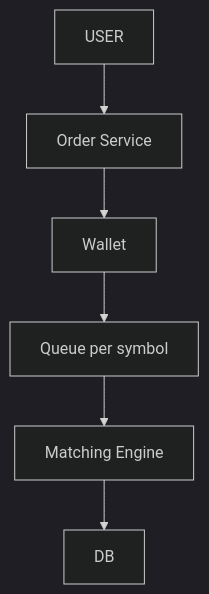
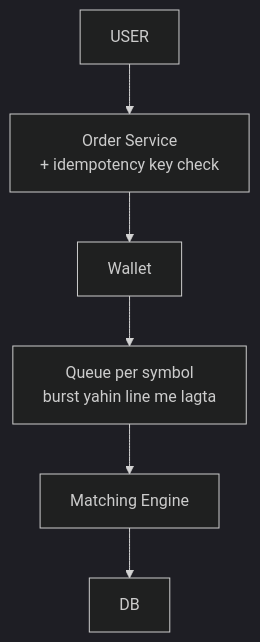
The fifth of 10 diagrams in 04_HLD/SYSTEM_DESIGNS/05_stock_broker_trading/05_stock_broker_trading.md (ArpanMaheshwari144/Prep), drawn with Mermaid (dark theme) before and after one commit. The commit also changed other lines of this file, not shown here.

Commit message:
stock: one-day story in first person, cues, kahani index, progressive diagrams

````diff
--- a/04_HLD/SYSTEM_DESIGNS/05_stock_broker_trading/05_stock_broker_trading.md
+++ b/04_HLD/SYSTEM_DESIGNS/05_stock_broker_trading/05_stock_broker_trading.md
@@ -165,14 +273,14 @@
 ```mermaid
 flowchart TD
     n_USER["USER"]
-    n_Order_Service["Order Service"]
+    n_Order_Service["Order Service<br/>+ idempotency key check"]
     n_Wallet["Wallet"]
-    n_Queue_per_symbol["Queue per symbol"]
+    n_Queue_per_symbol["Queue per symbol<br/>burst yahin line me lagta"]
     n_Matching_Engine["Matching Engine"]
     n_DB["DB"]
     n_USER --> n_Order_Service
     n_Order_Service --> n_Wallet
     n_Wallet --> n_Queue_per_symbol
     n_Queue_per_symbol --> n_Matching_Engine
     n_Matching_Engine --> n_DB
 ```
````
